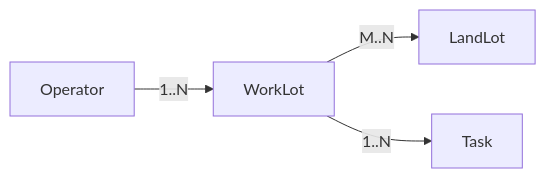
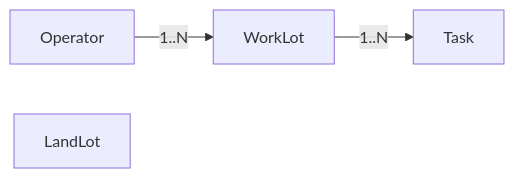
One commit to tikcccc/LLMS changed the diagram in doc/docs/需求分析/用户故事与验收.md. Above: the diagram before and after it, drawn with Mermaid. The commit also changed other lines of this file and 10 other files, not shown here.

````diff
--- a/doc/docs/需求分析/用户故事与验收.md
+++ b/doc/docs/需求分析/用户故事与验收.md
@@ -37,6 +37,6 @@
 ```mermaid
 graph LR
   Operator[Operator] -- 1..N --> WorkLot[WorkLot]
-  WorkLot -- M..N --> LandLot[LandLot]
   WorkLot -- 1..N --> Task[Task]
+  LandLot[LandLot]
 ```
````
